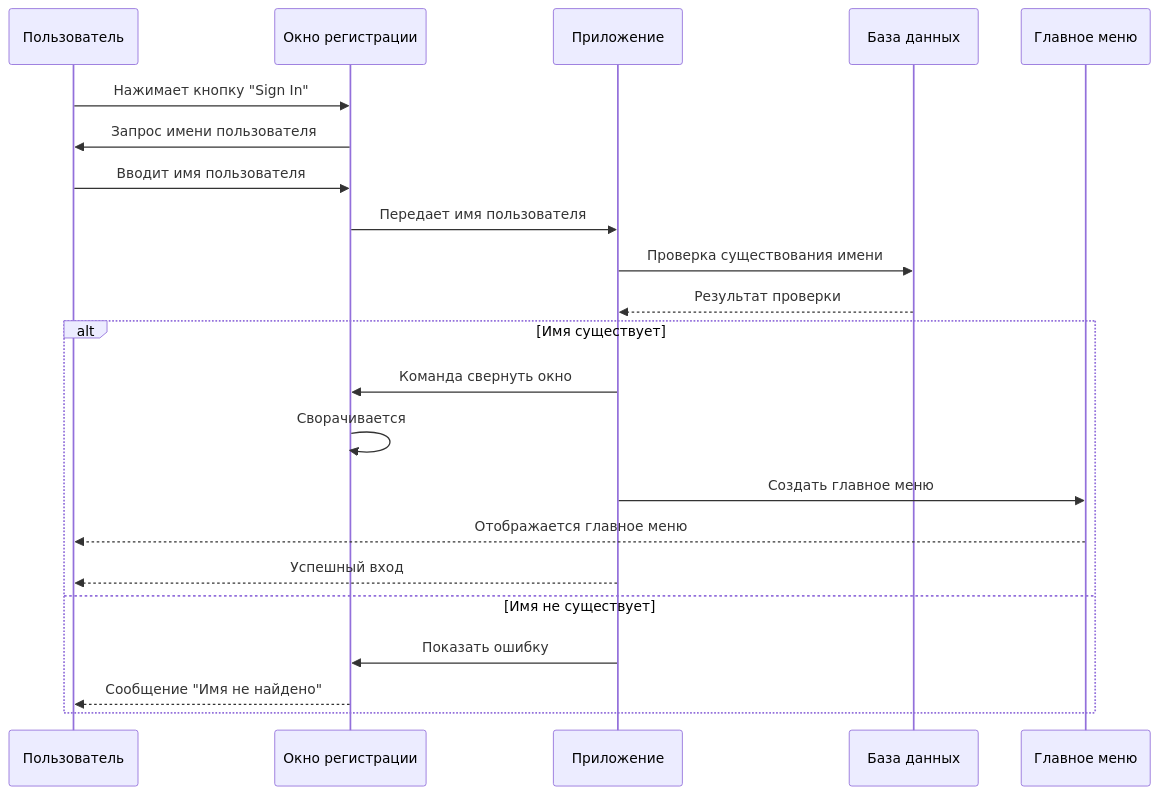
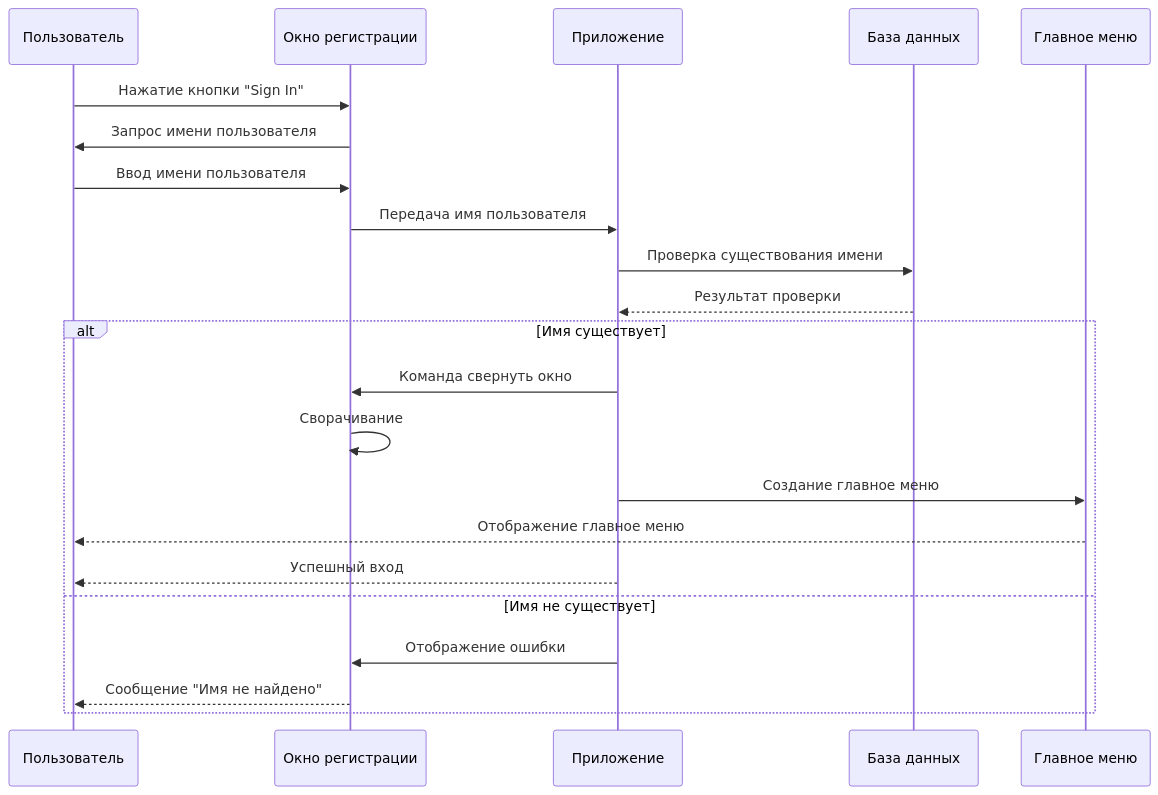
Before and after one commit to Just-bite/Road_accident_detection_model: the first of 6 diagrams in docs/diagrams/sequence.md, drawn with Mermaid. The commit also changed other lines of this file and 2 other files, not shown here.

Commit message:
sequence all aded + typos in analyze activity fixed

````diff
--- a/docs/diagrams/sequence.md
+++ b/docs/diagrams/sequence.md
@@ -12,26 +12,26 @@
 ```mermaid
 sequenceDiagram
     participant U as Пользователь
     participant UI as Окно регистрации
     participant A as Приложение
     participant DB as База данных
     participant GM as Главное меню
 
-    U->>UI: Нажимает кнопку "Sign In"
+    U->>UI: Нажатие кнопки "Sign In"
     UI->>U: Запрос имени пользователя
-    U->>UI: Вводит имя пользователя
-    UI->>A: Передает имя пользователя
+    U->>UI: Ввод имени пользователя
+    UI->>A: Передача имя пользователя
     A->>DB: Проверка существования имени
     DB-->>A: Результат проверки
     
     alt Имя существует
         A->>UI: Команда свернуть окно
-        UI->>UI: Сворачивается
-        A->>GM: Создать главное меню
-        GM-->>U: Отображается главное меню
+        UI->>UI: Сворачивание
+        A->>GM: Создание главное меню
+        GM-->>U: Отображение главное меню
         A-->>U: Успешный вход
     else Имя не существует
-        A->>UI: Показать ошибку
+        A->>UI: Отображение ошибки
         UI-->>U: Сообщение "Имя не найдено"
     end
 ```
````
